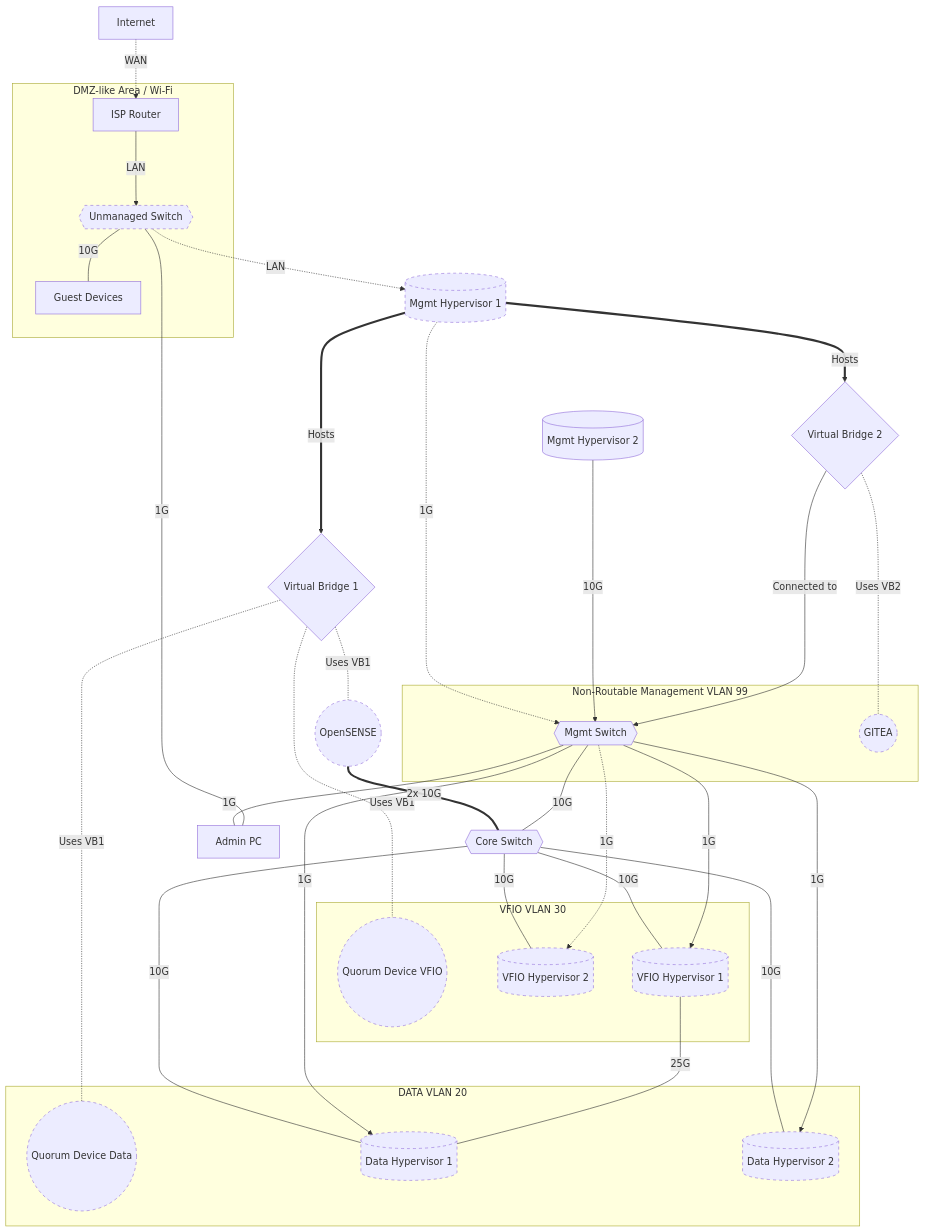
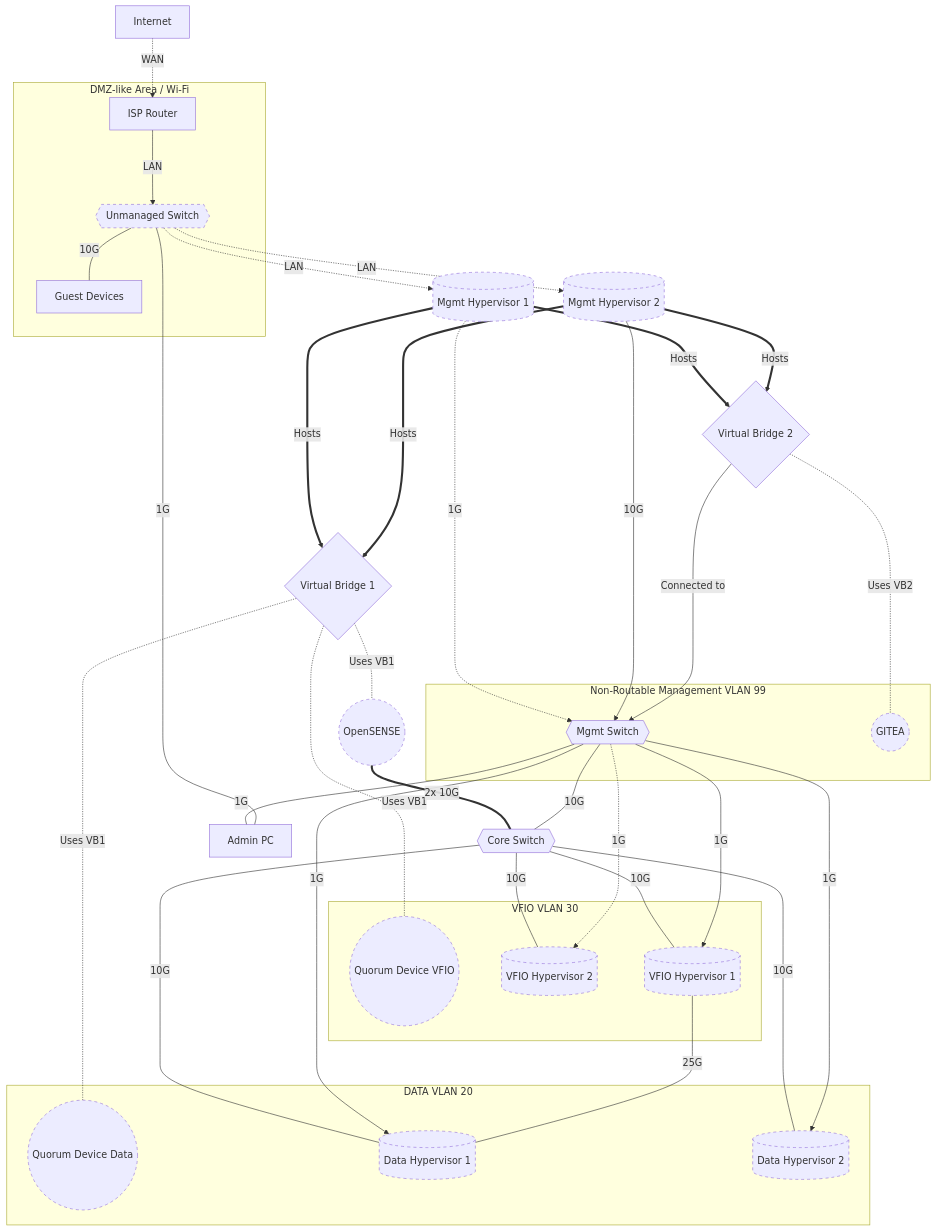
Before and after one commit to woeiru/lab: the diagram in alp/netop.md, drawn with Mermaid.

Commit message:
standard

````diff
--- a/alp/netop.md
+++ b/alp/netop.md
@@ -3,51 +3,53 @@
 ```mermaid
 graph TD
- INT[Internet] -.-> |WAN| ISPR[ISP Router]
+    INT[Internet] -.-> |WAN| ISPR[ISP Router]
     ISPR ---> |LAN| US
     US{{Unmanaged Switch}} -.-> |LAN| MH1
+    US -.-> |LAN| MH2
     VB1{Virtual Bridge 1} -.- |"Uses VB1"| QDV((Quorum Device VFIO))
     VB1 -.- |"Uses VB1"| QDD((Quorum Device Data))
     VB1 -.- |"Uses VB1"| OPN((OpenSENSE))
     OPN ===|"2x 10G"| CS{{Core Switch}}
     MH1[(Mgmt Hypervisor 1)] -.-> |"1G"| MS{{Mgmt Switch}}
     MH2[(Mgmt Hypervisor 2)] ---> |"10G"| MS
     MS --- |"10G"| CS
     MS ---|"1G"| APC[Admin PC]
     APC ---|"1G"| US
     MH1 ==>|"Hosts"| VB1
+    MH2 ==>|"Hosts"| VB1
     MH1 ==>|"Hosts"| VB2{Virtual Bridge 2}
+    MH2 ==>|"Hosts"| VB2
     VB2 -.- |"Uses VB2"| GIT((GITEA))
     VB2 ---> |"Connected to"| MS
     CS ---|"10G"| VH2[(VFIO Hypervisor 2)]
     MS -.->|"1G"| VH2
     US ---|"10G"| GD[Guest Devices]
     CS ---|"10G"| VH1[(VFIO Hypervisor 1)]
     MS --->|"1G"| VH1
     CS ---|"10G"| DH1[(Data Hypervisor 1)]
     MS --->|"1G"| DH1
     CS ---|"10G"| DH2[(Data Hypervisor 2)]
     MS --->|"1G"| DH2
     VH1 ---|"25G"| DH1
     subgraph VLAN20 [DATA VLAN 20]
         DH1
         DH2
         QDD
     end
     subgraph VLAN30 [VFIO VLAN 30]
         VH1
         VH2
         QDV
     end
     subgraph VLAN99 [Non-Routable Management VLAN 99]
         MS
         GIT
     end
     subgraph DMZ [DMZ-like Area / Wi-Fi]
         ISPR
         GD
         US
     end
-
     classDef punctuated stroke-dasharray: 5 5;
-    class US,MH1,VH1,VH2,DH1,DH2,GIT,QDV,QDD,OPN punctuated;
+    class US,MH1,MH2,VH1,VH2,DH1,DH2,GIT,QDV,QDD,OPN punctuated;
 ```
````
